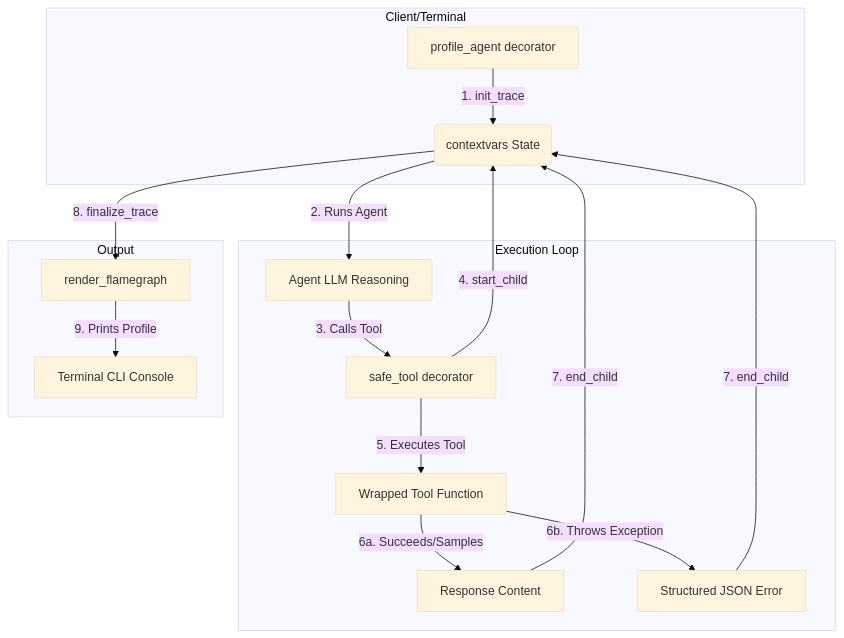
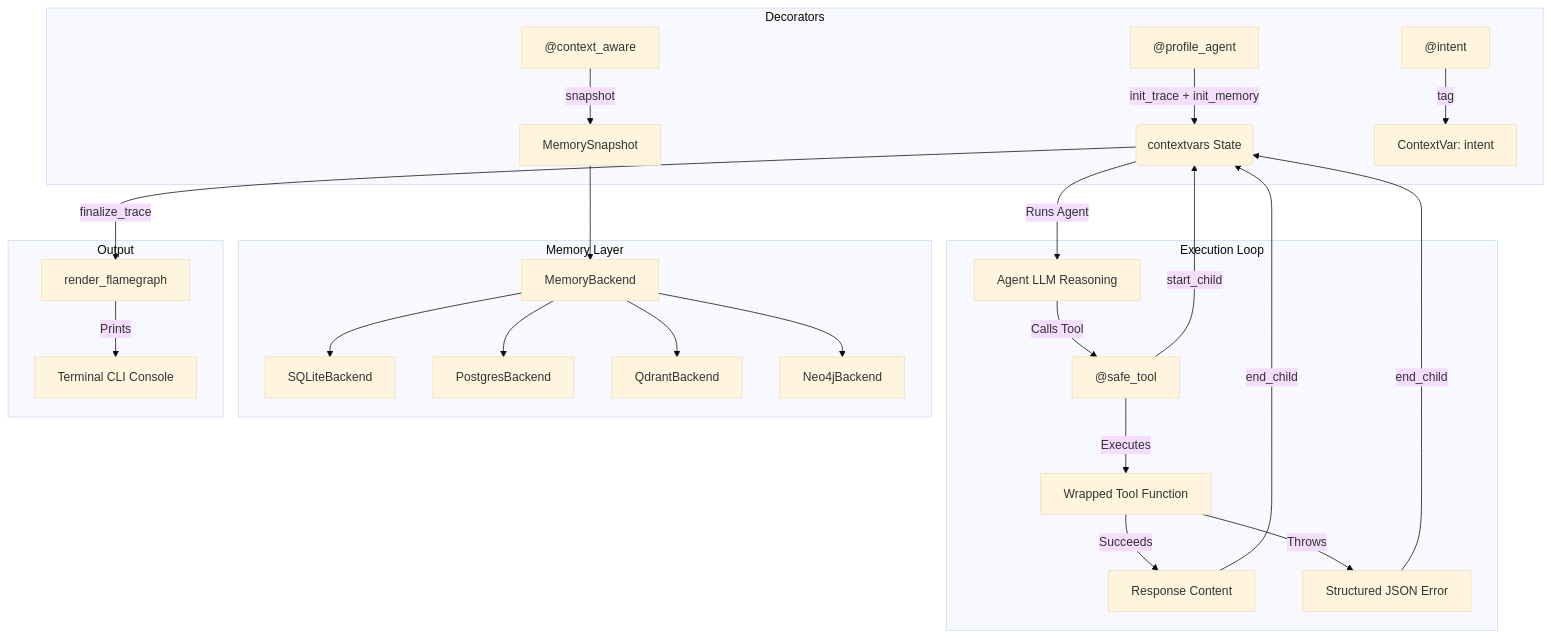
One commit to arav7781/AgentLatch changed the diagram in README.md. Above: the diagram before and after it, drawn with Mermaid (base theme). The commit also changed other lines of this file and 31 other files, not shown here.

Commit message:
feat: add context-aware memory pipeline with sqlite backend and multi-agent DAG support

````diff
--- a/README.md
+++ b/README.md
@@ -184,22 +327,32 @@
 ```mermaid
 graph TD
-    subgraph Client/Terminal
-        A[profile_agent decorator] -->|1. init_trace| B(contextvars State)
+    subgraph Decorators
+        PA["@profile_agent"] -->|init_trace + init_memory| B(contextvars State)
+        CA["@context_aware"] -->|snapshot| MS[MemorySnapshot]
+        IN["@intent"] -->|tag| CV[ContextVar: intent]
     end
 
     subgraph Execution Loop
-        B -->|2. Runs Agent| C[Agent LLM Reasoning]
-        C -->|3. Calls Tool| D[safe_tool decorator]
-        D -->|4. start_child| B
-        D -->|5. Executes Tool| E[Wrapped Tool Function]
-        E -->|6a. Succeeds/Samples| F[Response Content]
-        E -->|6b. Throws Exception| G[Structured JSON Error]
-        F -->|7. end_child| B
-        G -->|7. end_child| B
+        B -->|Runs Agent| C[Agent LLM Reasoning]
+        C -->|Calls Tool| D["@safe_tool"]
+        D -->|start_child| B
+        D -->|Executes| E[Wrapped Tool Function]
+        E -->|Succeeds| F[Response Content]
+        E -->|Throws| G[Structured JSON Error]
+        F -->|end_child| B
+        G -->|end_child| B
+    end
+
+    subgraph Memory Layer
+        MS --> MB[MemoryBackend]
+        MB --> SQ[SQLiteBackend]
+        MB --> PG[PostgresBackend]
+        MB --> QD[QdrantBackend]
+        MB --> N4[Neo4jBackend]
     end
 
     subgraph Output
-        B -->|8. finalize_trace| H[render_flamegraph]
-        H -->|9. Prints Profile| I[Terminal CLI Console]
+        B -->|finalize_trace| H[render_flamegraph]
+        H -->|Prints| I[Terminal CLI Console]
     end
 ```
````
